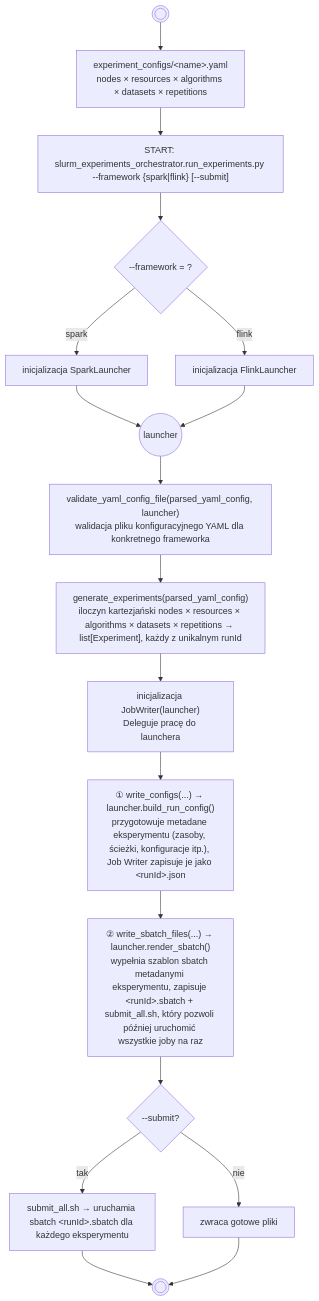
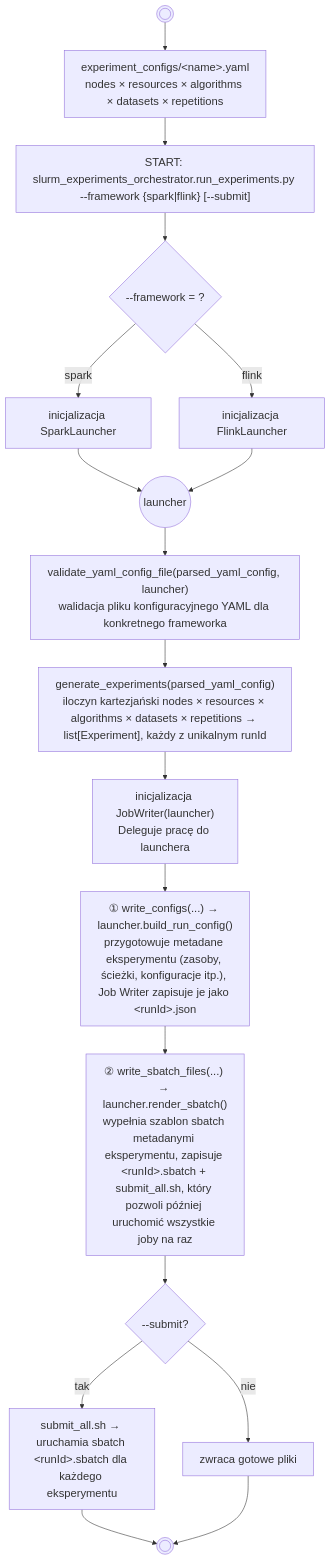
The first of 4 diagrams in README.md (natix-x/clustering-algorithms-benchmark), drawn with Mermaid before and after one commit. The commit also changed other lines of this file and 4 other files, not shown here.

````diff
--- a/README.md
+++ b/README.md
@@ -38,51 +38,53 @@
 ```mermaid
 ---
 config:
   layout: dagre
+  themeVariables:
+    fontSize: 20px
 ---
 flowchart TB
     START_DOT((( ))) --> YAML
     
     YAML["experiment_configs/&lt;name&gt;.yaml<br>nodes × resources × algorithms × datasets × repetitions"]
     START["START: slurm_experiments_orchestrator.run_experiments.py --framework {spark|flink} [--submit]"]
     
     InitSpark["inicjalizacja SparkLauncher"]
     InitFlink["inicjalizacja FlinkLauncher"]
     
     V["validate_yaml_config_file(parsed_yaml_config, launcher)<br>walidacja pliku konfiguracyjnego YAML dla konkretnego frameworka"]
     G["generate_experiments(parsed_yaml_config)<br>iloczyn kartezjański nodes × resources × algorithms × datasets × repetitions → list[Experiment], każdy z unikalnym runId"]
     JW["inicjalizacja JobWriter(launcher)<br>Deleguje pracę do launchera"]
     
     WC["① write_configs(...) → launcher.build_run_config()<br>przygotowuje metadane eksperymentu (zasoby, ścieżki, konfiguracje itp.), Job Writer zapisuje je jako &lt;runId&gt;.json"]
     WS["② write_sbatch_files(...) → launcher.render_sbatch()<br>wypełnia szablon sbatch metadanymi eksperymentu, zapisuje &lt;runId&gt;.sbatch + submit_all.sh, który pozwoli później uruchomić wszystkie joby na raz"]
     
     RUN["submit_all.sh → uruchamia sbatch &lt;runId&gt;.sbatch dla każdego eksperymentu"]
     END_NODE["zwraca gotowe pliki"]
 
     YAML --> START
     
     q1_choice{"--framework = ?"}
     START --> q1_choice
     q1_choice -- spark --> InitSpark
     q1_choice -- flink --> InitFlink
     
     join_launchers(("launcher"))
     InitSpark --> join_launchers
     InitFlink --> join_launchers
     
     join_launchers --> V
     
     V --> G
     G --> JW
     JW --> WC
     WC --> WS
     
     sub_choice{"--submit?"}
     WS --> sub_choice
     sub_choice -- tak --> RUN
     sub_choice -- nie --> END_NODE
     
     END_DOT((( )))
     RUN --> END_DOT
     END_NODE --> END_DOT
 ```
````
